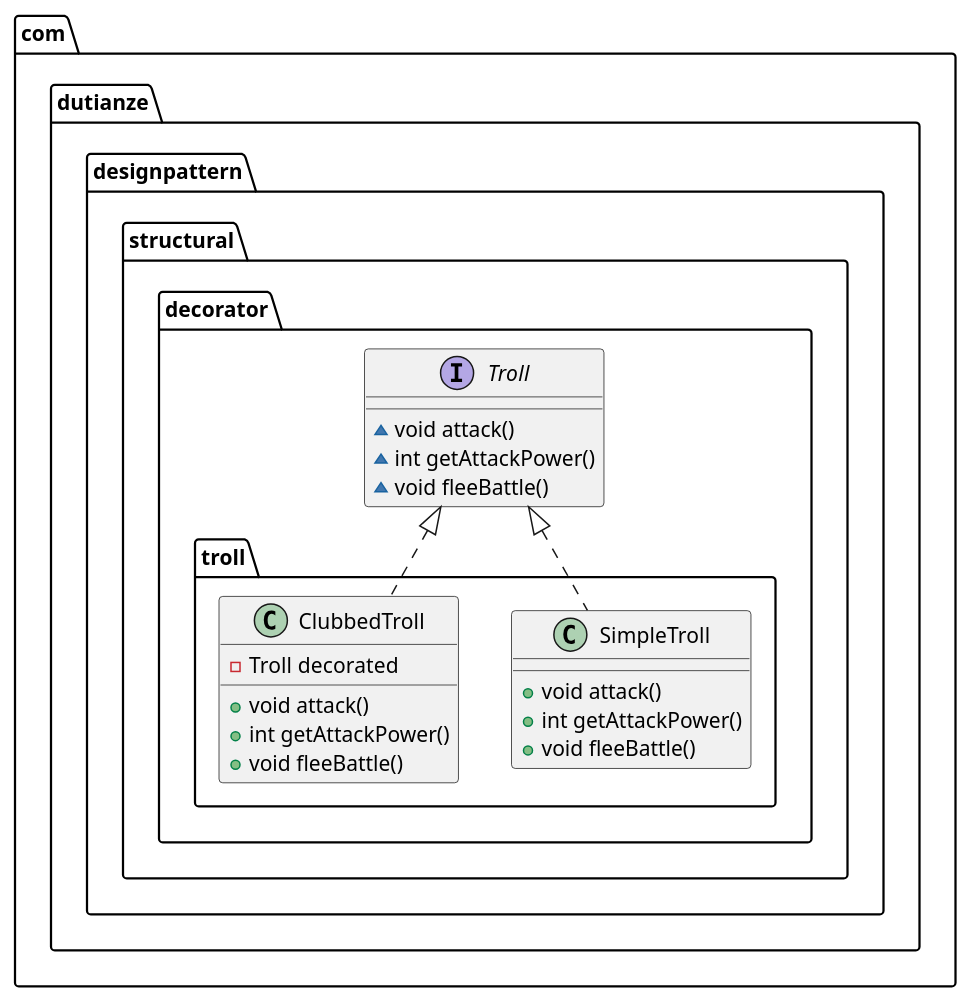
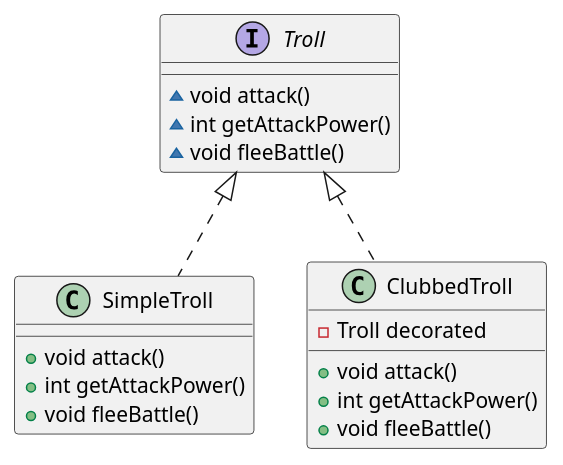
Before and after one commit to duTianze/my-java: the diagram in design/design-pattern/src/main/java/com/dutianze/designpattern/structural/decorator/decorator.puml, drawn with PlantUML. The commit also changed 22 other files, not shown here.

```diff
--- a/design/design-pattern/src/main/java/com/dutianze/designpattern/structural/decorator/decorator.puml
+++ b/design/design-pattern/src/main/java/com/dutianze/designpattern/structural/decorator/decorator.puml
@@ -1,22 +1,22 @@
 @startuml
-class com.dutianze.designpattern.structural.decorator.troll.SimpleTroll {
+class SimpleTroll {
 + void attack()
 + int getAttackPower()
 + void fleeBattle()
 }
-class com.dutianze.designpattern.structural.decorator.troll.ClubbedTroll {
+class ClubbedTroll {
 - Troll decorated
 + void attack()
 + int getAttackPower()
 + void fleeBattle()
 }
-interface com.dutianze.designpattern.structural.decorator.Troll {
+interface Troll {
 ~ void attack()
 ~ int getAttackPower()
 ~ void fleeBattle()
 }
 
 
-com.dutianze.designpattern.structural.decorator.Troll <|.. com.dutianze.designpattern.structural.decorator.troll.SimpleTroll
-com.dutianze.designpattern.structural.decorator.Troll <|.. com.dutianze.designpattern.structural.decorator.troll.ClubbedTroll
+Troll <|.. SimpleTroll
+Troll <|.. ClubbedTroll
 @enduml
```
